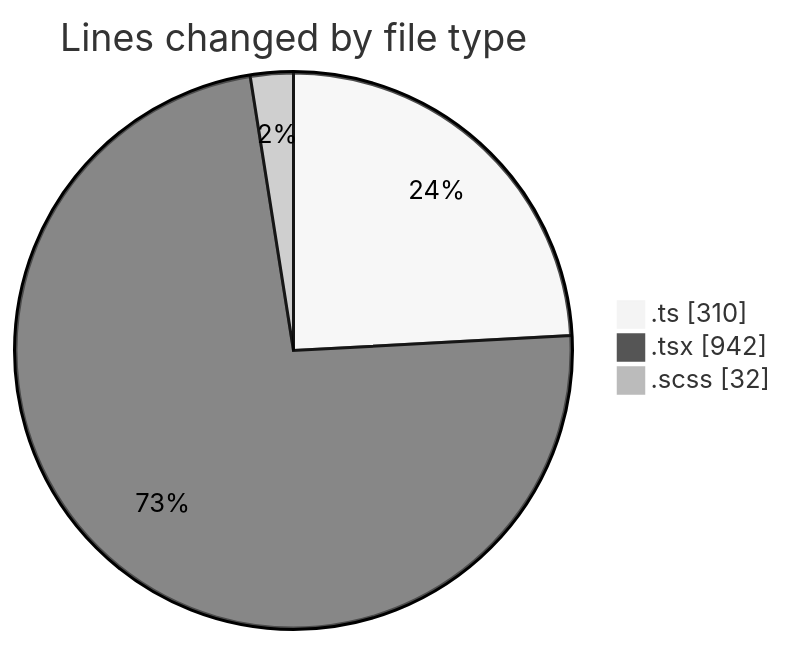
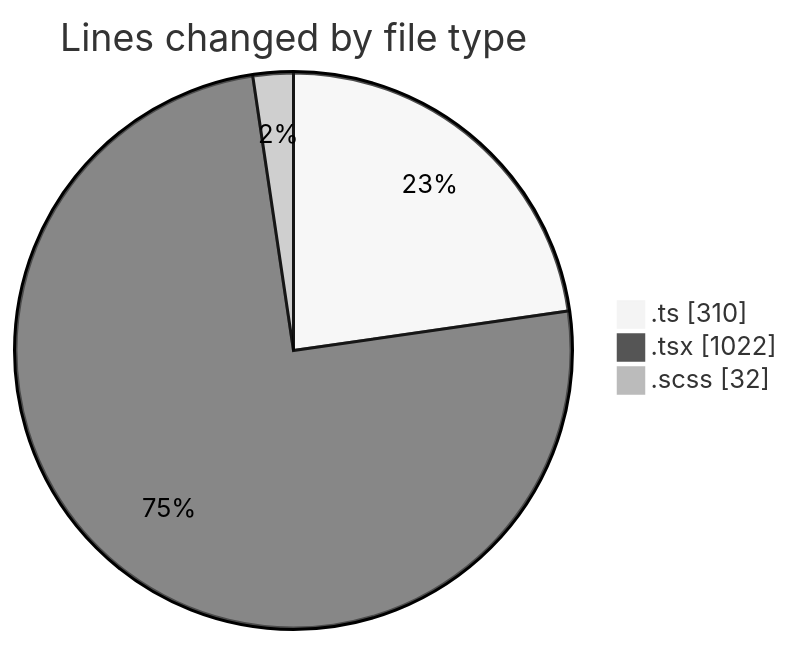
One commit to momahboobian/code-tracking changed the first of 2 diagrams in 2026-09-09/cda/README.md. Above: the diagram before and after it, drawn with Mermaid (neutral theme). The commit also changed other lines of this file and 1 other file, not shown here.

````diff
--- a/2026-09-09/cda/README.md
+++ b/2026-09-09/cda/README.md
@@ -31,7 +32,7 @@
 ```mermaid
 pie showData
 title Lines changed by file type
 ".ts" : 310
-".tsx" : 942
+".tsx" : 1022
 ".scss" : 32
 ```
````
